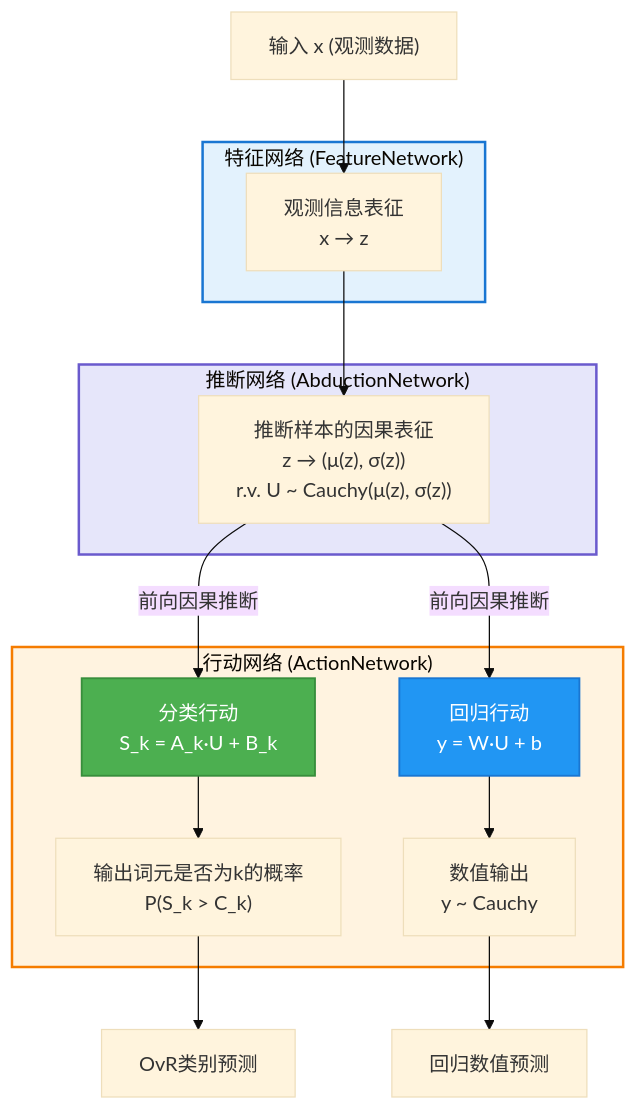
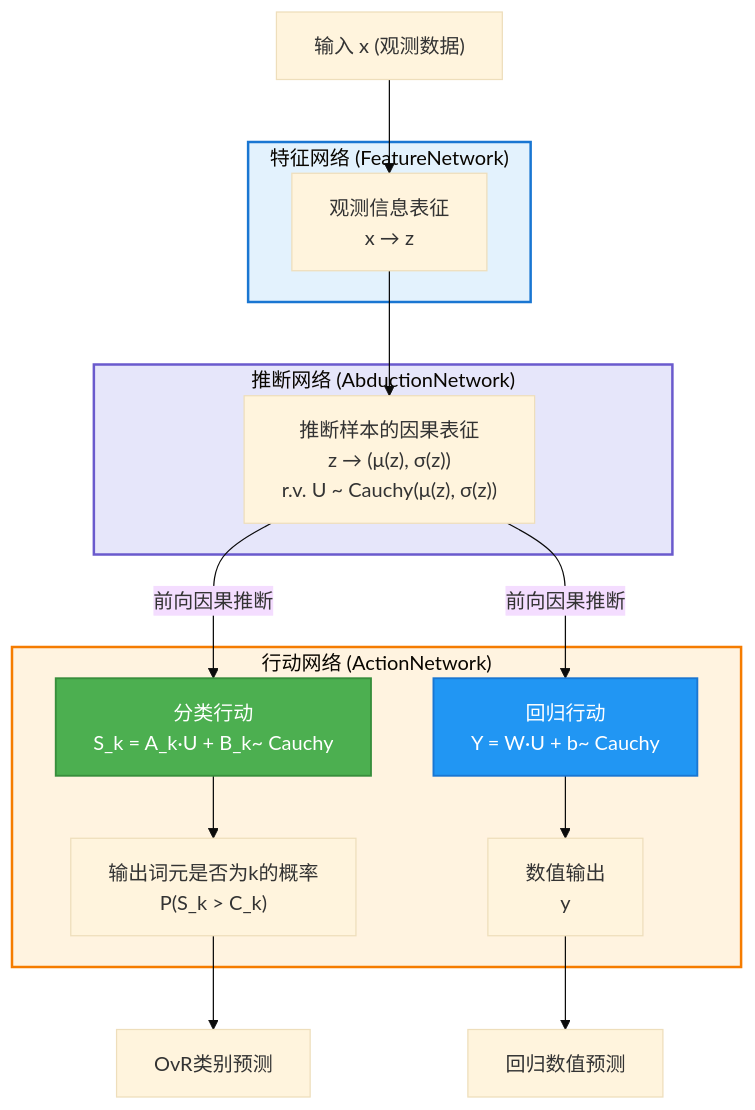
The diagram in 02-technology/causal_llm_construction_v3.md (1587causalai/causal-ai-whitepaper), drawn with Mermaid (base theme) before and after one commit.

````diff
--- a/02-technology/causal_llm_construction_v3.md
+++ b/02-technology/causal_llm_construction_v3.md
@@ -15,31 +15,31 @@
 ```mermaid
 graph TD
     input_x["输入 x (观测数据)"] --> feature_z
     
     subgraph FN ["特征网络 (FeatureNetwork)"]
         feature_z["观测信息表征<br/>x → z"]
     end
     
     feature_z --> causal_U
     
     subgraph ABN ["推断网络 (AbductionNetwork)"]
         causal_U["推断样本的因果表征<br/>z → (μ(z), σ(z)) <br/>r.v. U ~ Cauchy(μ(z), σ(z))"]
     end
     
     subgraph ACN ["行动网络 (ActionNetwork)"]
-        causal_U -- "前向因果推断" --> classification_action["分类行动<br/>S_k = A_k·U + B_k"]
-        causal_U -- "前向因果推断" --> regression_action["回归行动<br/>y = W·U + b"]
+        causal_U -- "前向因果推断" --> classification_action["分类行动<br/>S_k = A_k·U + B_k~ Cauchy"]
+        causal_U -- "前向因果推断" --> regression_action["回归行动<br/>Y = W·U + b~ Cauchy"]
         
         classification_action --> probability_output["输出词元是否为k的概率<br/>P(S_k > C_k)"]
-        regression_action --> numerical_output["数值输出<br/>y ~ Cauchy"]
+        regression_action --> numerical_output["数值输出<br/>y "]
     end
     
     probability_output --> ovr_prediction["OvR类别预测"]
     numerical_output --> regression_prediction["回归数值预测"]
     
     style FN fill:#e3f2fd,stroke:#1976d2,stroke-width:2px
     style ABN fill:#e6e6fa,stroke:#6a5acd,stroke-width:2px
     style ACN fill:#fff3e0,stroke:#f57c00,stroke-width:2px
     style classification_action fill:#4caf50,color:#fff,stroke:#388e3c,stroke-width:1.5px
     style regression_action fill:#2196f3,color:#fff,stroke:#1976d2,stroke-width:1.5px
 ```
````
